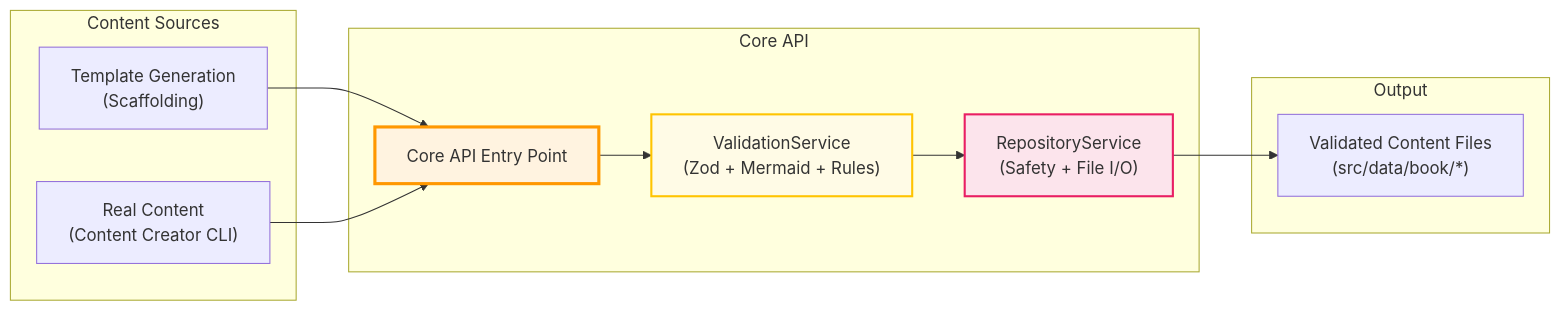
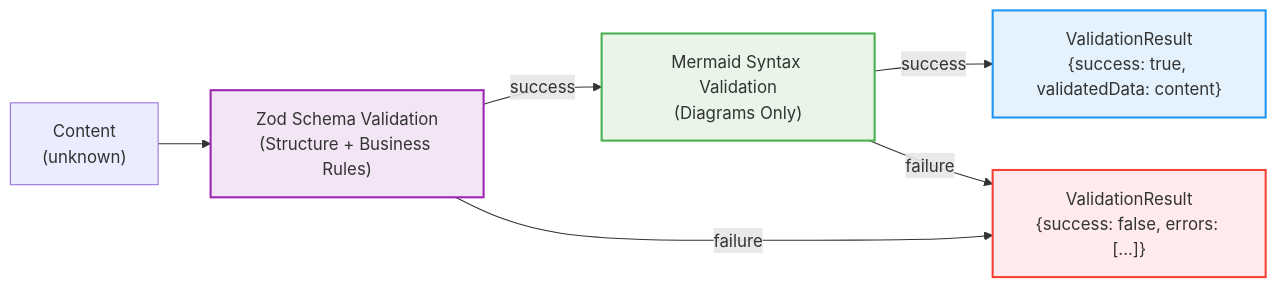
The third of 4 diagrams in PLAN-CONTENT-GENERATION.md (castocolina/learn-cloud), drawn with Mermaid before and after one commit. The commit also changed other lines of this file and 84 other files, not shown here.

First line of the commit message:
refactor(architecture): testing + content generation + task modularity

````diff
--- a/PLAN-CONTENT-GENERATION.md
+++ b/PLAN-CONTENT-GENERATION.md
@@ -286,23 +317,13 @@
 ```mermaid
 flowchart LR
-    subgraph "Content Sources"
-        TemplateGen["Template Generation<br/>(Scaffolding)"]
-        UserContent["Real Content<br/>(Content Creator CLI)"]
-    end
+    Content["Content<br/>(unknown)"] --> ZodValidation["Zod Schema Validation<br/>(Structure + Business Rules)"]
+    ZodValidation -- "success" --> MermaidValidation["Mermaid Syntax Validation<br/>(Diagrams Only)"]
+    ZodValidation -- "failure" --> Error["ValidationResult<br/>{success: false, errors: [...]}"]
+    MermaidValidation -- "success" --> Success["ValidationResult<br/>{success: true, validatedData: content}"]
+    MermaidValidation -- "failure" --> Error
 
-    subgraph "Core API"
-        TemplateGen --> CoreEntry["Core API Entry Point"]
-        UserContent --> CoreEntry
-        CoreEntry --> Validation["ValidationService<br/>(Zod + Mermaid + Rules)"]
-        Validation --> Repository["RepositoryService<br/>(Safety + File I/O)"]
-    end
-
-    subgraph "Output"
-        Repository --> Files["Validated Content Files<br/>(src/data/book/*)"]
-    end
-
-    %% Styling
-    style CoreEntry fill:#fff3e0,stroke:#ff9800,stroke-width:3px
-    style Validation fill:#fffbe6,stroke:#ffc400,stroke-width:2px
-    style Repository fill:#fce4ec,stroke:#e91e63,stroke-width:2px
+    style ZodValidation fill:#f3e5f5,stroke:#9c27b0,stroke-width:2px
+    style MermaidValidation fill:#e8f5e8,stroke:#4caf50,stroke-width:2px
+    style Success fill:#e3f2fd,stroke:#2196f3,stroke-width:2px
+    style Error fill:#ffebee,stroke:#f44336,stroke-width:2px
 ```
````
